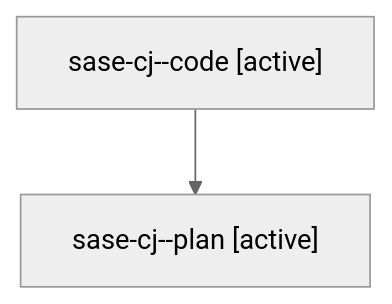
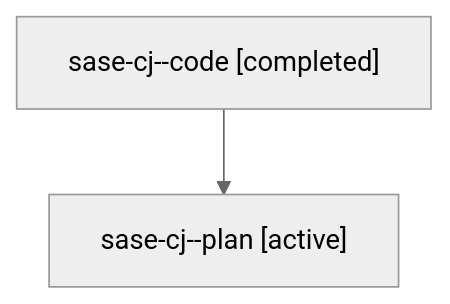
The diagram in sessions/bbugyi200.athena.sase-cj.md (sase-org/sase--agents), drawn with Mermaid (neutral theme) before and after one commit. The commit also changed other lines of this file and 5 other files, not shown here.

````diff
--- a/sessions/bbugyi200.athena.sase-cj.md
+++ b/sessions/bbugyi200.athena.sase-cj.md
@@ -9,6 +9,6 @@
 ```mermaid
 flowchart TD
-  n0["sase-cj--code [active]"]
+  n0["sase-cj--code [completed]"]
   n1["sase-cj--plan [active]"]
   n0 --> n1
 ```
````
